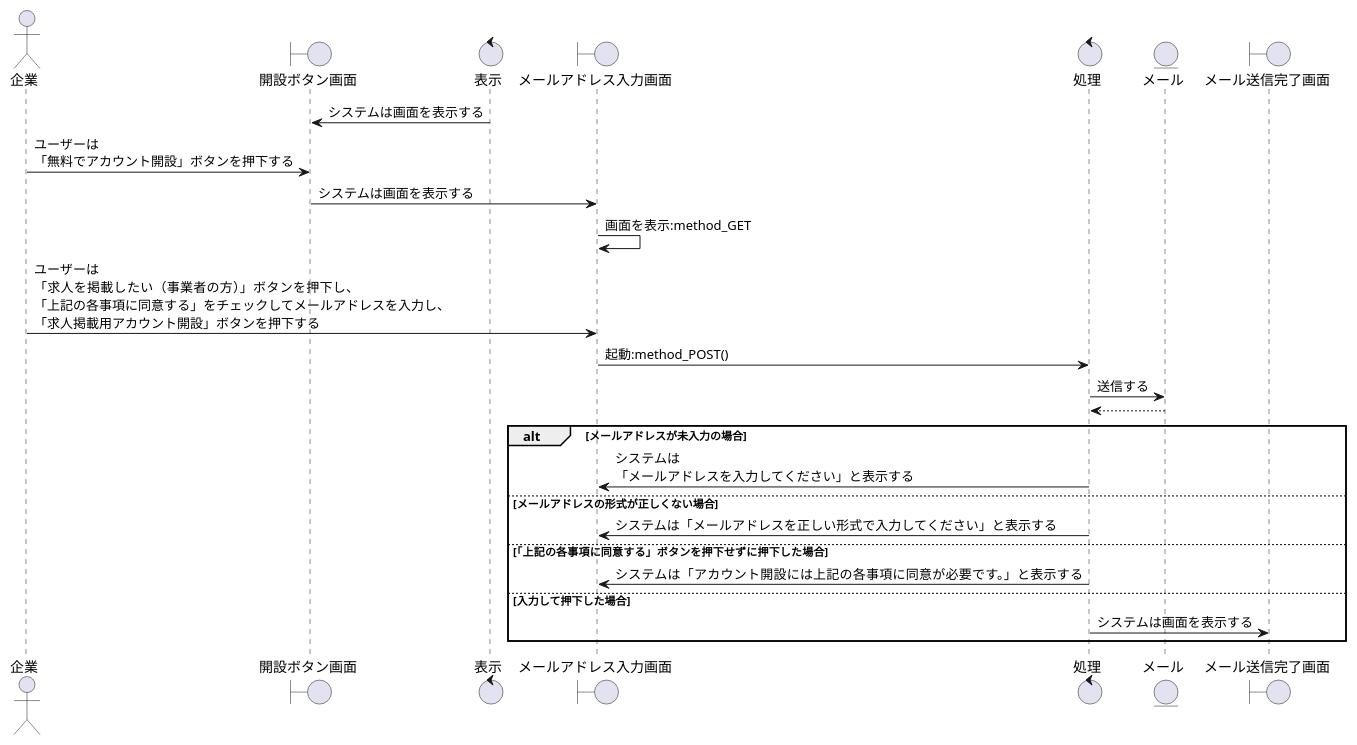
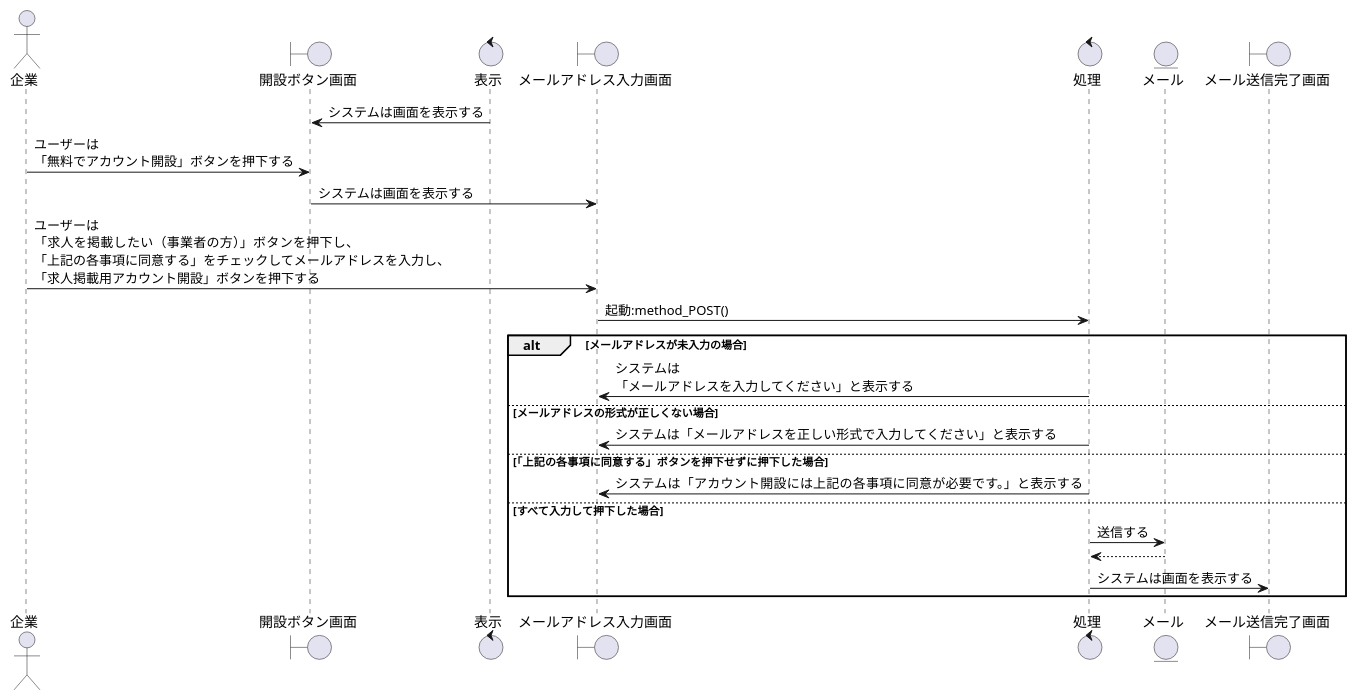
The diagram in sequence_fig/1_login_fn/3_1_アカウント開設をする.pu (irukacb256/high_Me), drawn with PlantUML before and after one commit. The commit also changed 4 other files, not shown here.

```diff
--- a/sequence_fig/1_login_fn/3_1_アカウント開設をする.pu
+++ b/sequence_fig/1_login_fn/3_1_アカウント開設をする.pu
@@ -1,40 +1,40 @@
 @startuml アカウント開設をする
 
 ' 1
 actor 企業 as cp1
 
 boundary 開設ボタン画面 as onv1
 control 表示 as co1
 
 boundary メールアドレス入力画面 as mav1
 control 処理 as co2
 
 entity メール as ml1
 
 boundary メール送信完了画面 as msv1
 
 ' 2
 co1 -> onv1 : システムは画面を表示する
 cp1 -> onv1 : ユーザーは\n「無料でアカウント開設」ボタンを押下する
 onv1 -> mav1 : システムは画面を表示する
-mav1 -> mav1 : 画面を表示:method_GET
 cp1 -> mav1 : ユーザーは\n「求人を掲載したい（事業者の方）」ボタンを押下し、\n「上記の各事項に同意する」をチェックしてメールアドレスを入力し、\n「求人掲載用アカウント開設」ボタンを押下する
 
 mav1 -> co2 : 起動:method_POST()
-co2 -> ml1 : 送信する
-co2 <-- ml1
+
 
 alt メールアドレスが未入力の場合
     co2 -> mav1 : システムは\n「メールアドレスを入力してください」と表示する
 
 else メールアドレスの形式が正しくない場合
     co2 -> mav1 : システムは「メールアドレスを正しい形式で入力してください」と表示する
 
 else 「上記の各事項に同意する」ボタンを押下せずに押下した場合
     co2 -> mav1 : システムは「アカウント開設には上記の各事項に同意が必要です。」と表示する
 
-else 入力して押下した場合
+else すべて入力して押下した場合
+    co2 -> ml1 : 送信する
+    co2 <-- ml1
     co2 -> msv1 : システムは画面を表示する 
 
 end
 @enduml
```
